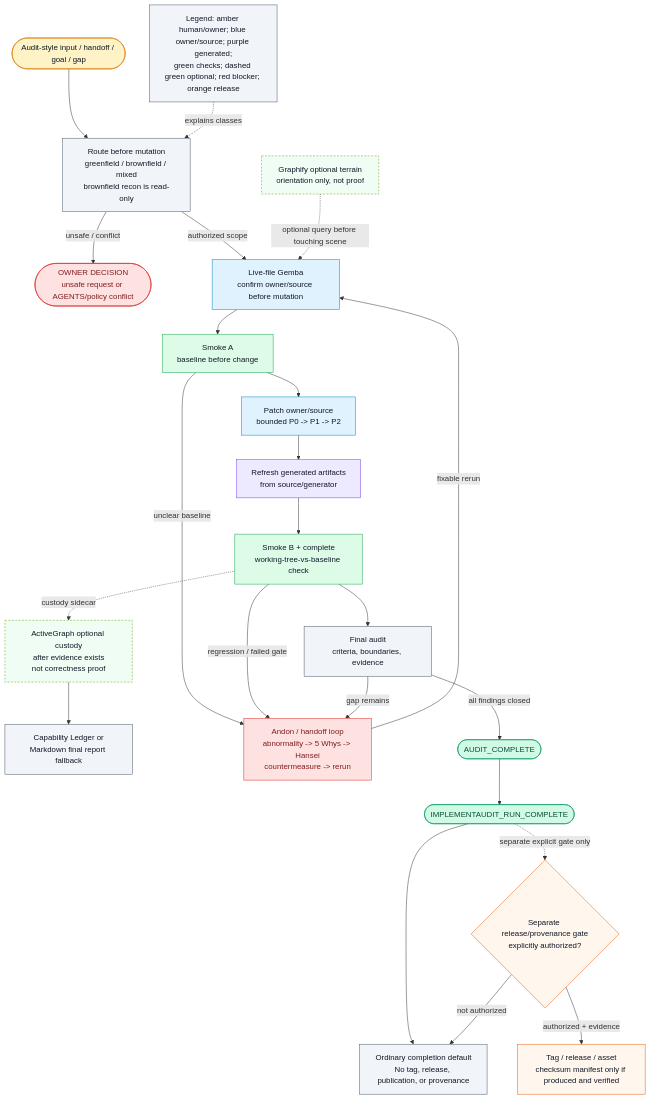
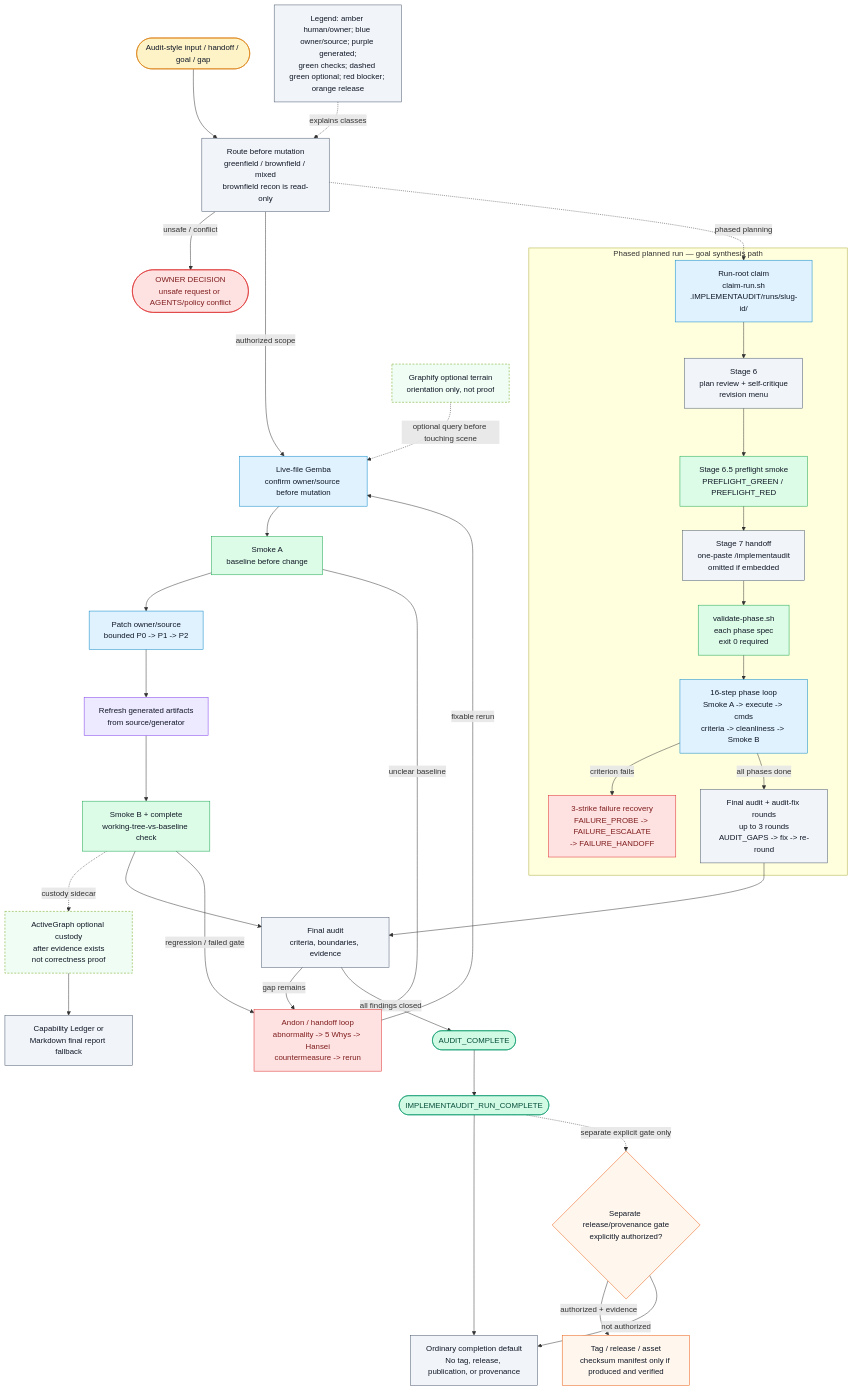
One commit to theislampill/IMPLEMENTAUDIT.md changed the third of 3 diagrams in README.md. Above: the diagram before and after it, drawn with Mermaid. The commit also changed other lines of this file and 3 other files, not shown here.

````diff
--- a/README.md
+++ b/README.md
@@ -352,52 +354,68 @@
 ```mermaid
 flowchart TD
   Input(["Audit-style input / handoff / goal / gap"]):::human
   Route["Route before mutation<br/>greenfield / brownfield / mixed<br/>brownfield recon is read-only"]:::audit
   OwnerDecision(["OWNER DECISION<br/>unsafe request or AGENTS/policy conflict"]):::blocker
 
   Graphify["Graphify optional terrain<br/>orientation only, not proof"]:::optional
   Gemba["Live-file Gemba<br/>confirm owner/source before mutation"]:::source
   SmokeA["Smoke A<br/>baseline before change"]:::checker
   Patch["Patch owner/source<br/>bounded P0 -> P1 -> P2"]:::source
   Generated["Refresh generated artifacts<br/>from source/generator"]:::generated
   SmokeB["Smoke B + complete<br/>working-tree-vs-baseline check"]:::checker
 
   ActiveGraph["ActiveGraph optional custody<br/>after evidence exists<br/>not correctness proof"]:::optional
   Ledger["Capability Ledger or<br/>Markdown final report fallback"]:::audit
 
   Andon["Andon / handoff loop<br/>abnormality -> 5 Whys -> Hansei<br/>countermeasure -> rerun"]:::blocker
   Final["Final audit<br/>criteria, boundaries, evidence"]:::audit
   AuditDone(["AUDIT_COMPLETE"]):::success
   RunDone(["IMPLEMENTAUDIT_RUN_COMPLETE"]):::success
   NoRelease["Ordinary completion default<br/>No tag, release, publication, or provenance"]:::audit
   ReleaseGate{"Separate release/provenance gate<br/>explicitly authorized?"}:::release
   Release["Tag / release / asset<br/>checksum manifest only if produced and verified"]:::release
   Legend["Legend: amber human/owner; blue owner/source; purple generated;<br/>green checks; dashed green optional; red blocker; orange release"]:::audit
 
+  subgraph PhasedRun["Phased planned run — goal synthesis path"]
+    RunRoot["Run-root claim<br/>claim-run.sh<br/>.IMPLEMENTAUDIT/runs/slug-id/"]:::source
+    Stage6["Stage 6<br/>plan review + self-critique<br/>revision menu"]:::audit
+    Stage65["Stage 6.5 preflight smoke<br/>PREFLIGHT_GREEN / PREFLIGHT_RED"]:::checker
+    Stage7["Stage 7 handoff<br/>one-paste /implementaudit<br/>omitted if embedded"]:::audit
+    PhaseSpec["validate-phase.sh<br/>each phase spec<br/>exit 0 required"]:::checker
+    PhaseLoop["16-step phase loop<br/>Smoke A -> execute -> cmds<br/>criteria -> cleanliness -> Smoke B"]:::source
+    Recovery["3-strike failure recovery<br/>FAILURE_PROBE -> FAILURE_ESCALATE<br/>-> FAILURE_HANDOFF"]:::blocker
+    AuditFix["Final audit + audit-fix rounds<br/>up to 3 rounds<br/>AUDIT_GAPS -> fix -> re-round"]:::audit
+    RunRoot --> Stage6 --> Stage65 --> Stage7 --> PhaseSpec --> PhaseLoop
+    PhaseLoop -->|criterion fails| Recovery
+    PhaseLoop -->|all phases done| AuditFix
+  end
+
   Input --> Route
   Route -->|unsafe / conflict| OwnerDecision
   Route -->|authorized scope| Gemba
+  Route -. phased planning .-> RunRoot
+  AuditFix --> Final
   Graphify -. optional query before touching scene .-> Gemba
   Gemba --> SmokeA --> Patch --> Generated --> SmokeB
   SmokeB -. custody sidecar .-> ActiveGraph --> Ledger
   SmokeB --> Final
   SmokeA -->|unclear baseline| Andon
   SmokeB -->|regression / failed gate| Andon
   Final -->|gap remains| Andon
   Andon -->|fixable rerun| Gemba
   Final -->|all findings closed| AuditDone --> RunDone --> NoRelease
   RunDone -. separate explicit gate only .-> ReleaseGate
   ReleaseGate -->|authorized + evidence| Release
   ReleaseGate -->|not authorized| NoRelease
   Legend -. explains classes .-> Route
 
   classDef human fill:#fef3c7,stroke:#d97706,color:#111827
   classDef source fill:#e0f2fe,stroke:#0284c7,color:#111827
   classDef generated fill:#ede9fe,stroke:#7c3aed,color:#111827
   classDef checker fill:#dcfce7,stroke:#16a34a,color:#111827
   classDef audit fill:#f1f5f9,stroke:#475569,color:#111827
   classDef optional fill:#f0fdf4,stroke:#65a30d,color:#111827,stroke-dasharray: 4 3
   classDef release fill:#fff7ed,stroke:#ea580c,color:#111827
   classDef success fill:#d1fae5,stroke:#059669,color:#064e3b
   classDef blocker fill:#fee2e2,stroke:#dc2626,color:#7f1d1d
 ```
````
